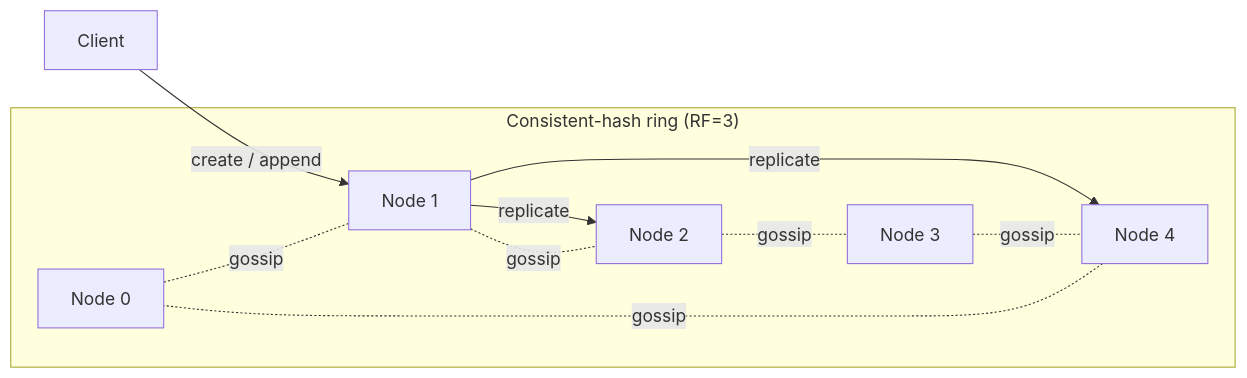
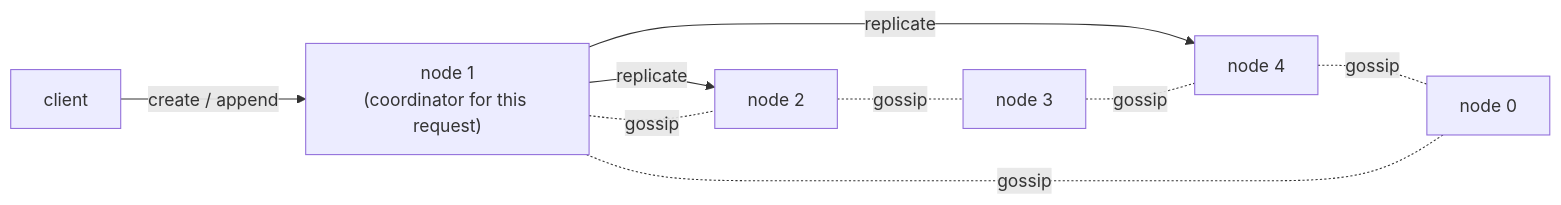
Before and after one commit to sushildalavi/aegisfs: the diagram in README.md, drawn with Mermaid. The commit also changed other lines of this file, not shown here.

````diff
--- a/README.md
+++ b/README.md
@@ -20,19 +37,11 @@
 ```mermaid
 flowchart LR
-    subgraph Cluster["Consistent-hash ring (RF=3)"]
-        N0["Node 0"]
-        N1["Node 1"]
-        N2["Node 2"]
-        N3["Node 3"]
-        N4["Node 4"]
-    end
-
-    C["Client"] -- "create / append" --> N1
-    N1 -- "replicate" --> N2
-    N1 -- "replicate" --> N4
-    N0 -. gossip .- N1
+    C["client"] -- "create / append" --> N1["node 1<br/>(coordinator for this request)"]
+    N1 -- "replicate" --> N2["node 2"]
+    N1 -- "replicate" --> N4["node 4"]
+    N0["node 0"] -. gossip .- N1
     N1 -. gossip .- N2
-    N2 -. gossip .- N3
+    N2 -. gossip .- N3["node 3"]
     N3 -. gossip .- N4
     N4 -. gossip .- N0
 ```
````
